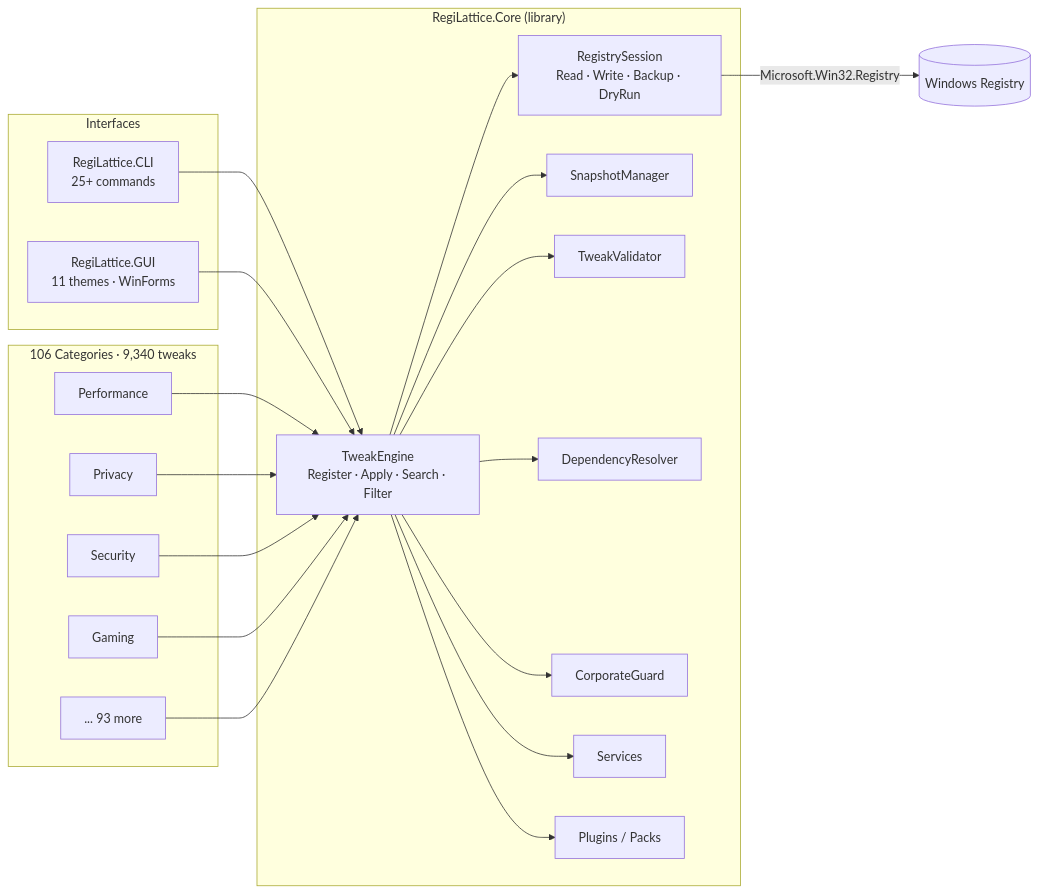
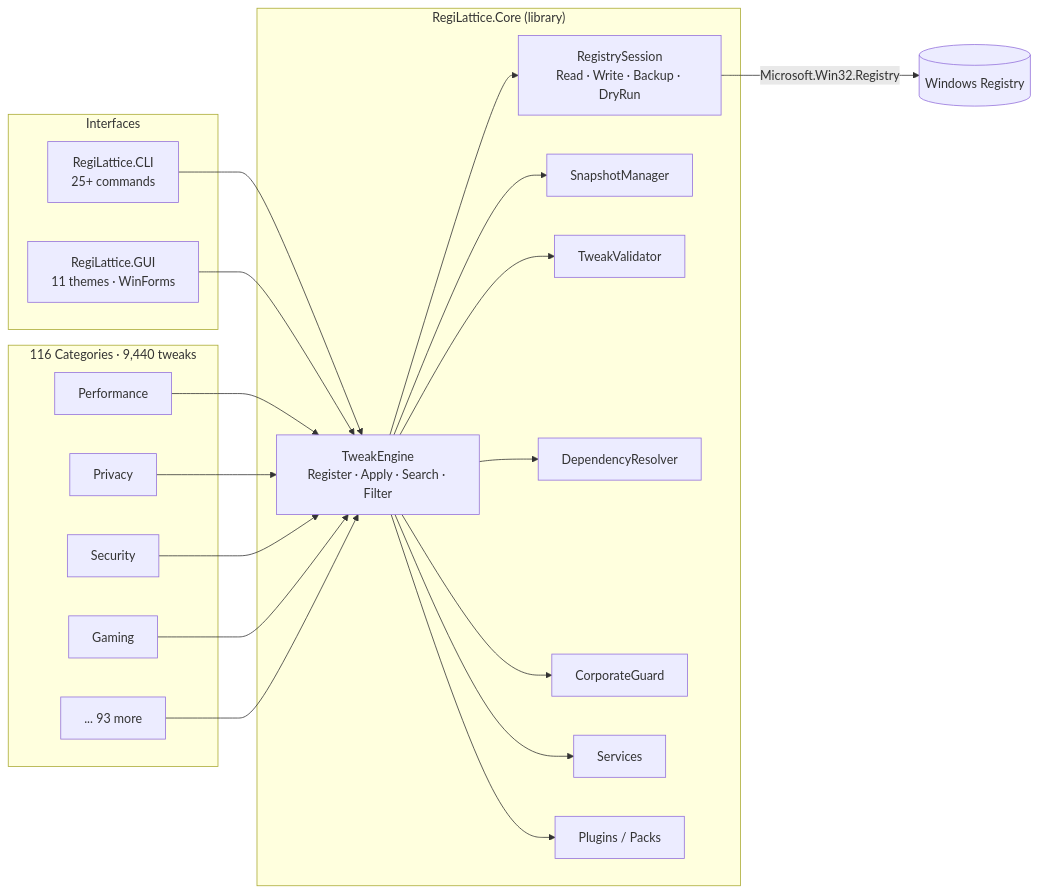
One commit to RajwanYair/RegiLattice changed the first of 2 diagrams in README.md. Above: the diagram before and after it, drawn with Mermaid. The commit also changed other lines of this file and 12 other files, not shown here.

````diff
--- a/README.md
+++ b/README.md
@@ -88,38 +88,38 @@
 ```mermaid
 graph LR
     subgraph Interfaces
         CLI[RegiLattice.CLI<br/>25+ commands]
         GUI[RegiLattice.GUI<br/>11 themes · WinForms]
     end
 
     subgraph Core["RegiLattice.Core (library)"]
         TE[TweakEngine<br/>Register · Apply · Search · Filter]
         RS[RegistrySession<br/>Read · Write · Backup · DryRun]
         SM[SnapshotManager]
         TV[TweakValidator]
         DR[DependencyResolver]
         CG[CorporateGuard]
         SV[Services]
         PM[Plugins / Packs]
     end
 
-    subgraph Tweaks["106 Categories · 9,340 tweaks"]
+    subgraph Tweaks["116 Categories · 9,440 tweaks"]
         T1[Performance]
         T2[Privacy]
         T3[Security]
         T4[Gaming]
         TN[... 93 more]
     end
 
     CLI --> TE
     GUI --> TE
     TE --> RS
     TE --> SM
     TE --> TV
     TE --> DR
     TE --> CG
     TE --> SV
     TE --> PM
     T1 & T2 & T3 & T4 & TN --> TE
     RS -->|Microsoft.Win32.Registry| WR[(Windows Registry)]
 ```
````
